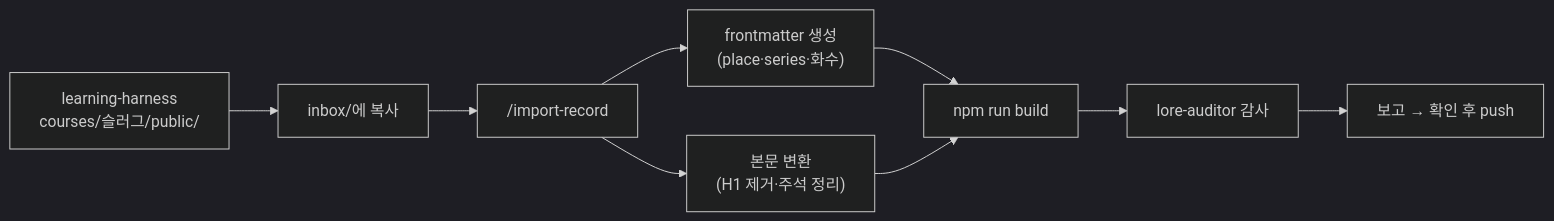
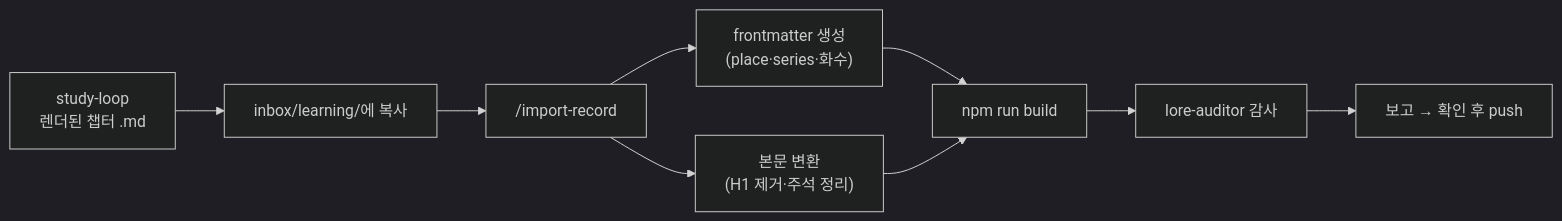
The diagram in docs/harness-guide.md (Liberiter/Liberiter.github.io), drawn with Mermaid (dark theme) before and after one commit. The commit also changed other lines of this file and 6 other files, not shown here.

````diff
--- a/docs/harness-guide.md
+++ b/docs/harness-guide.md
@@ -81,11 +81,11 @@
 ```mermaid
 flowchart LR
-  A["learning-harness<br/>courses/슬러그/public/"] --> B["inbox/에 복사"]
+  A["study-loop<br/>렌더된 챕터 .md"] --> B["inbox/learning/에 복사"]
   B --> C["/import-record"]
   C --> D["frontmatter 생성<br/>(place·series·화수)"]
   C --> E["본문 변환<br/>(H1 제거·주석 정리)"]
   D --> F["npm run build"]
   E --> F
   F --> G["lore-auditor 감사"]
   G --> H["보고 → 확인 후 push"]
 ```
````
